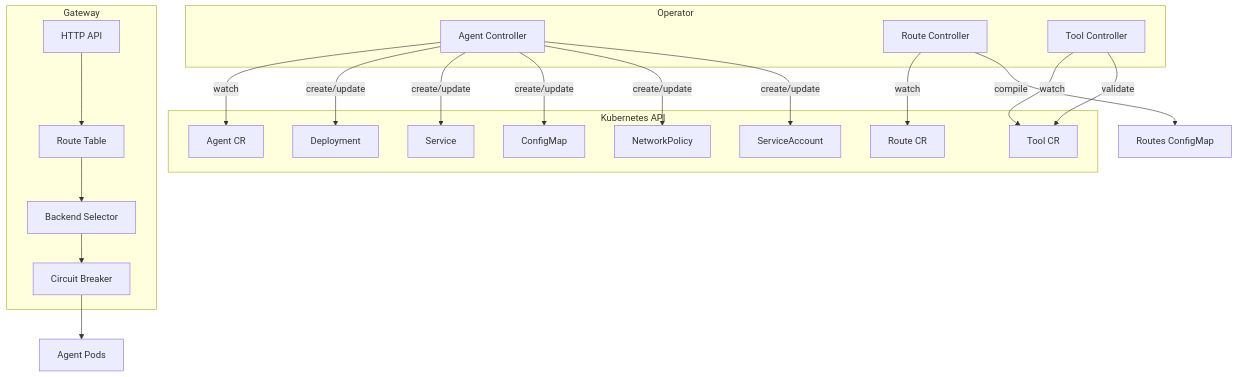
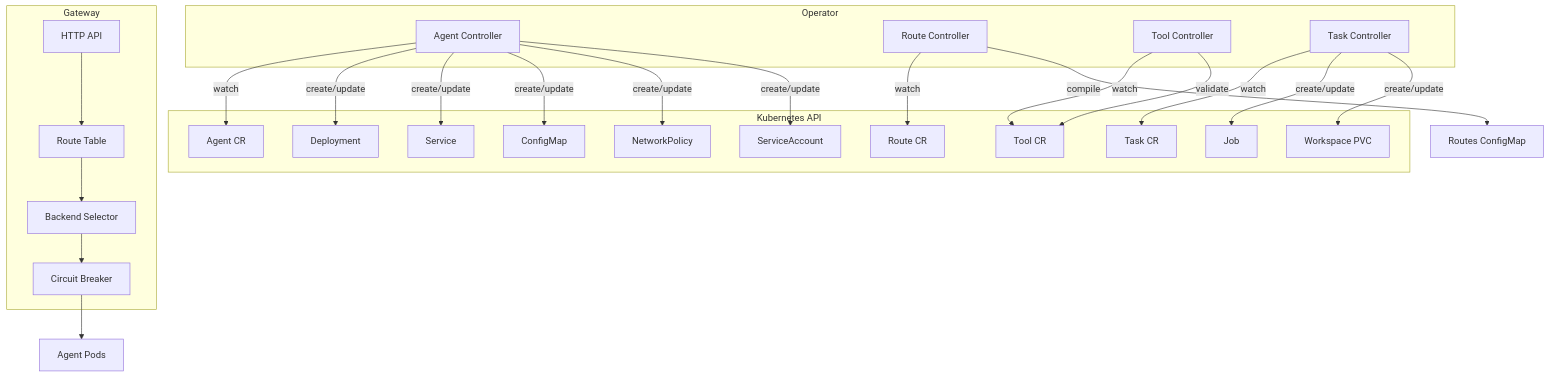
Before and after one commit to jalet/mcp-fabric: the sixth of 7 diagrams in docs/diagrams/architecture.md, drawn with Mermaid. The commit also changed other lines of this file and 54 other files, not shown here.

````diff
--- a/docs/diagrams/architecture.md
+++ b/docs/diagrams/architecture.md
@@ -159,44 +178,52 @@
 ```mermaid
 flowchart TB
     subgraph operator["Operator"]
         ac["Agent Controller"]
         rc["Route Controller"]
         tc["Tool Controller"]
+        tkc["Task Controller"]
     end
 
     subgraph k8s["Kubernetes API"]
         agent_cr["Agent CR"]
         route_cr["Route CR"]
         tool_cr["Tool CR"]
+        task_cr["Task CR"]
         dep["Deployment"]
         svc["Service"]
         cm["ConfigMap"]
         np["NetworkPolicy"]
         sa["ServiceAccount"]
+        job["Job"]
+        pvc["Workspace PVC"]
     end
 
     subgraph gateway["Gateway"]
         api["HTTP API"]
         rt["Route Table"]
         sel["Backend Selector"]
         cb["Circuit Breaker"]
     end
 
     ac -->|watch| agent_cr
     ac -->|create/update| dep
     ac -->|create/update| svc
     ac -->|create/update| cm
     ac -->|create/update| np
     ac -->|create/update| sa
 
     rc -->|watch| route_cr
     rc -->|compile| routes_cm["Routes ConfigMap"]
 
     tc -->|watch| tool_cr
     tc -->|validate| tool_cr
 
+    tkc -->|watch| task_cr
+    tkc -->|create/update| job
+    tkc -->|create/update| pvc
+
     api --> rt
     rt --> sel
     sel --> cb
     cb --> agents["Agent Pods"]
 ```
````
